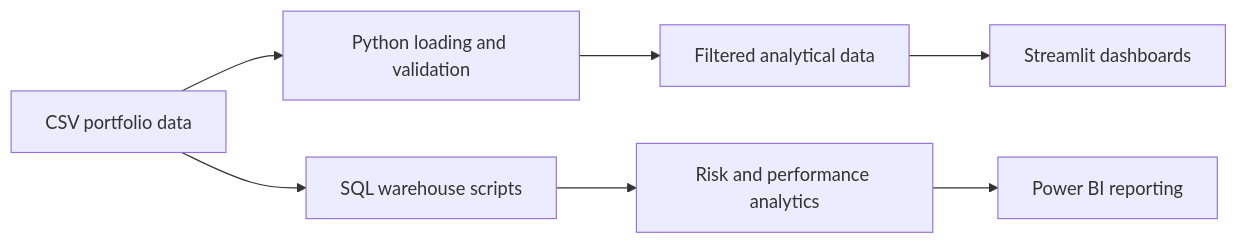
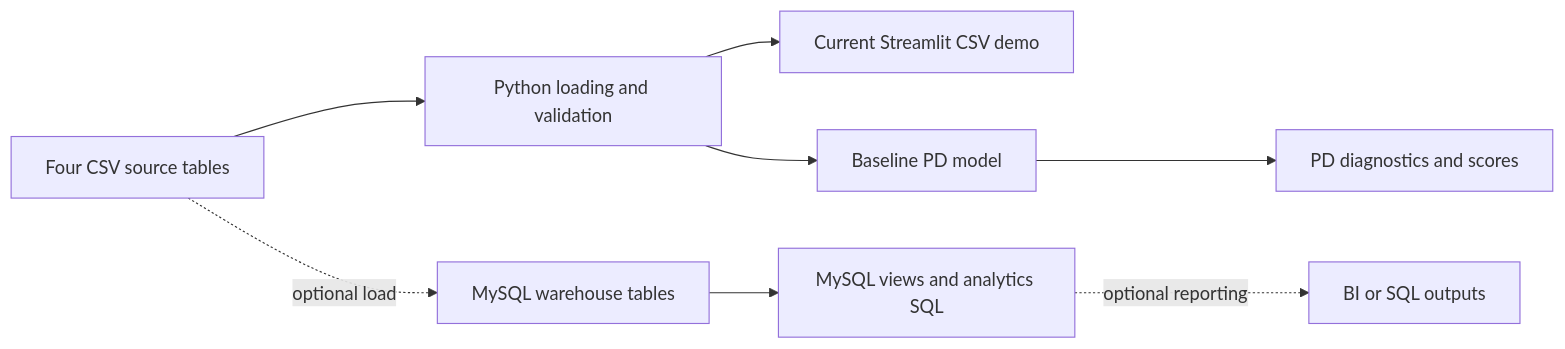
The diagram in README.md (Vishal123-tech/Banking-Risk-Analytics-Platform-), drawn with Mermaid before and after one commit. The commit also changed other lines of this file and 20 other files, not shown here.

````diff
--- a/README.md
+++ b/README.md
@@ -97,9 +123,10 @@
 ```mermaid
 flowchart LR
-    A[CSV portfolio data] --> B[Python loading and validation]
-    B --> C[Filtered analytical data]
-    C --> D[Streamlit dashboards]
-    A --> E[SQL warehouse scripts]
-    E --> F[Risk and performance analytics]
-    F --> G[Power BI reporting]
+    A[Four CSV source tables] --> B[Python loading and validation]
+    B --> C[Current Streamlit CSV demo]
+    A -. optional load .-> D[MySQL warehouse tables]
+    D --> E[MySQL views and analytics SQL]
+    E -. optional reporting .-> F[BI or SQL outputs]
+    B --> G[Baseline PD model]
+    G --> H[PD diagnostics and scores]
 ```
````
